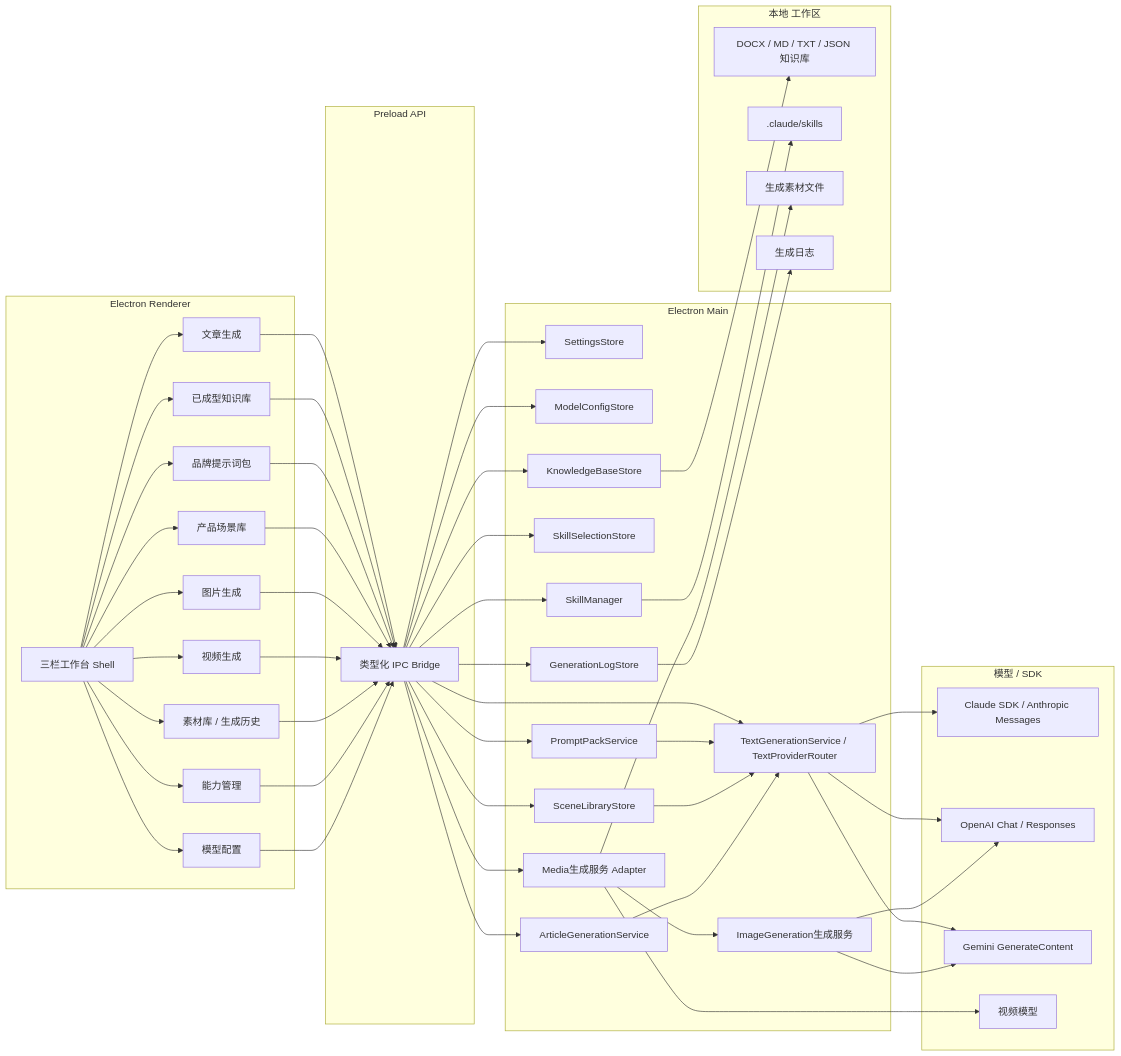
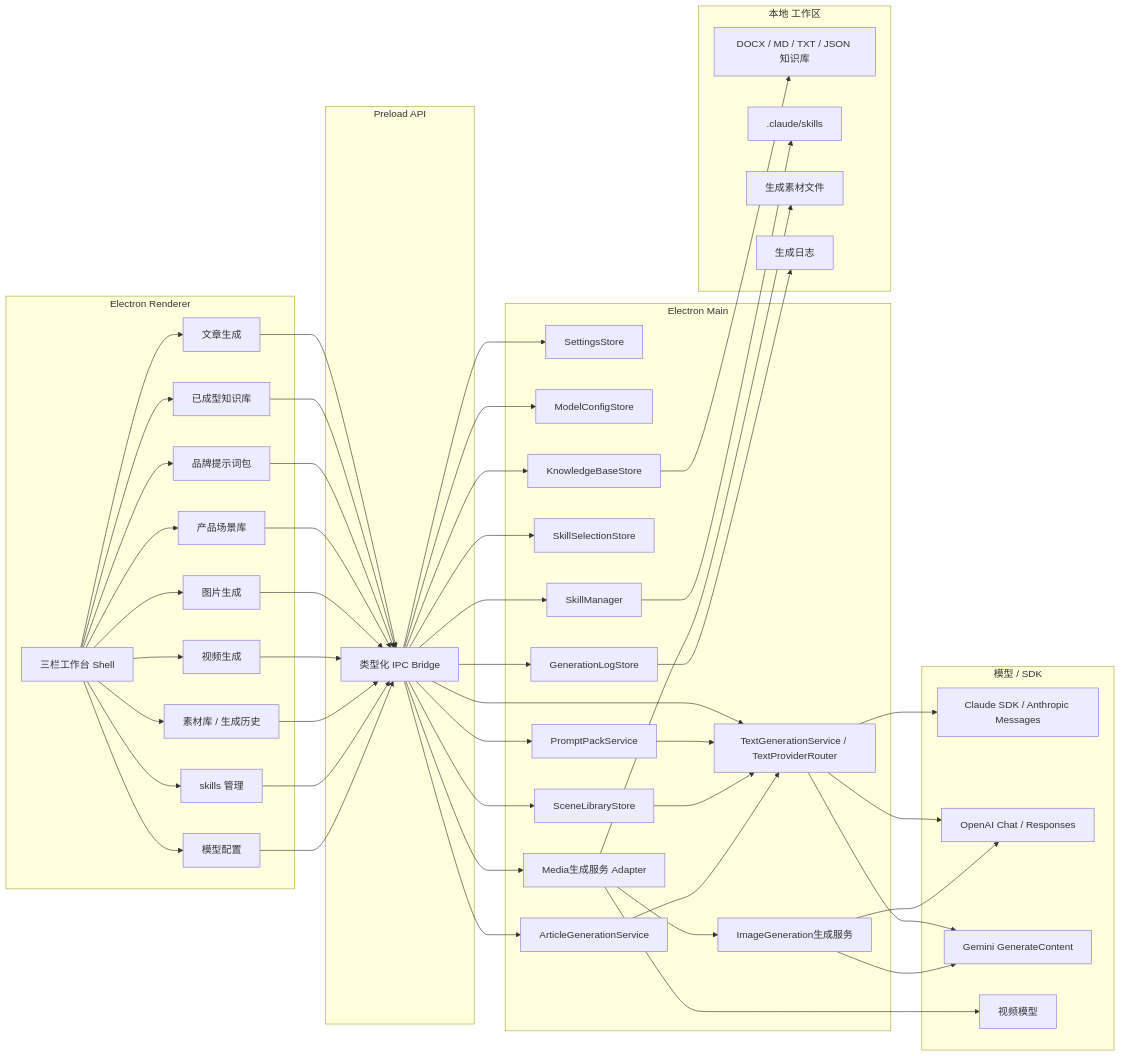
Before and after one commit to limecloud/content-studio: the first of 8 diagrams in docs/roadmap/v1/architecture-diagrams.md, drawn with Mermaid. The commit also changed 31 other files, not shown here.

```diff
--- a/docs/roadmap/v1/architecture-diagrams.md
+++ b/docs/roadmap/v1/architecture-diagrams.md
@@ -22,7 +22,7 @@
     Image[图片生成]
     Video[视频生成]
     Assets[素材库 / 生成历史]
-    能力UI[能力管理]
+    能力UI[skills 管理]
     SettingsUI[模型配置]
   end
 
```
